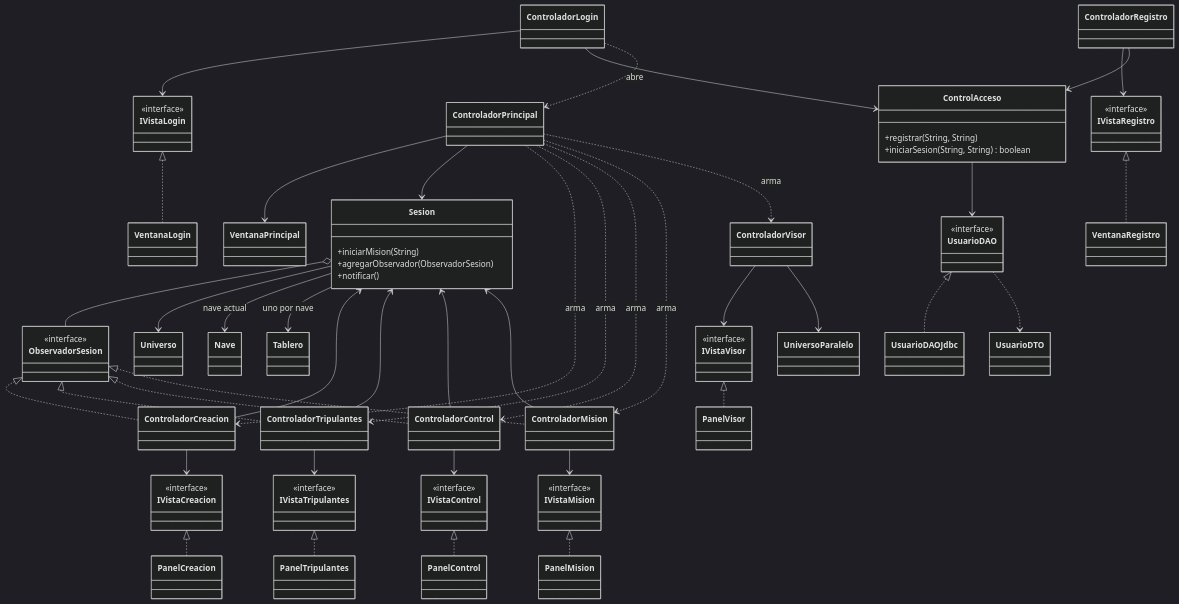
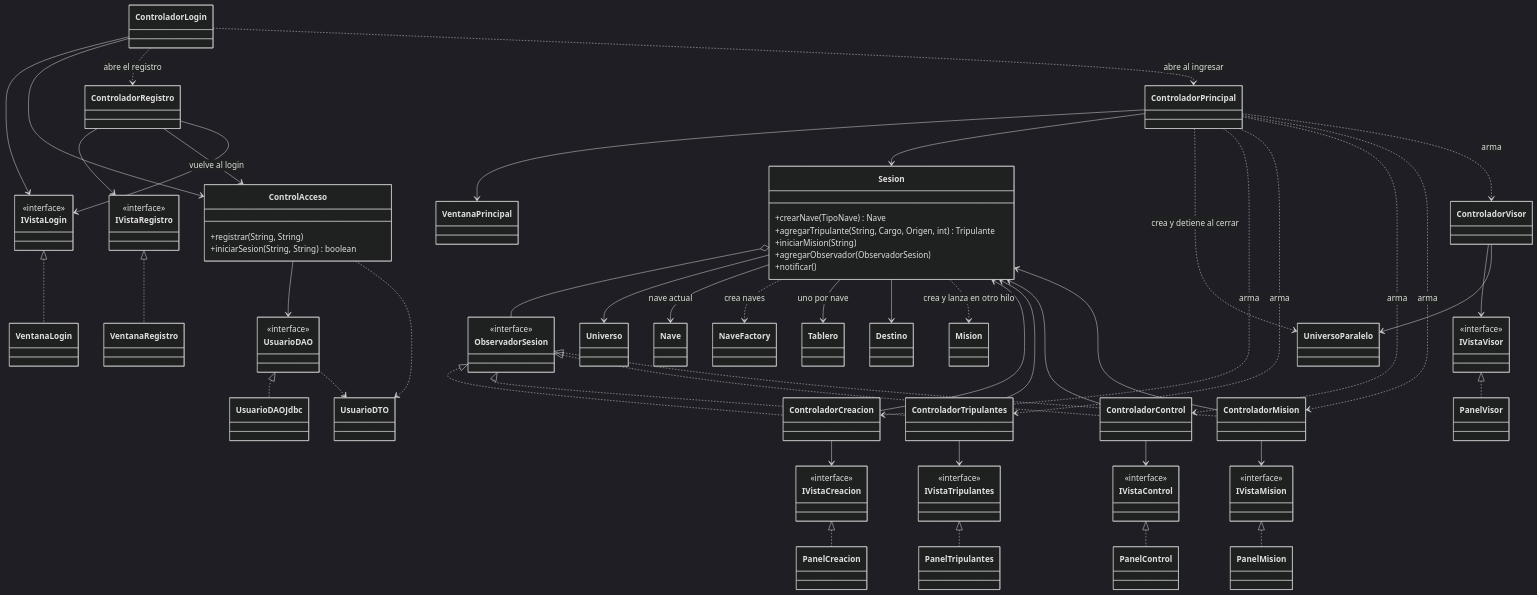
One commit to pedro-lorenzo/TPG_Software_Embarcado changed the fourth of 5 diagrams in docs/uml/diagrama-clases.md. Above: the diagram before and after it, drawn with Mermaid (dark theme). The commit also changed other lines of this file and 6 other files, not shown here.

````diff
--- a/docs/uml/diagrama-clases.md
+++ b/docs/uml/diagrama-clases.md
@@ -292,6 +332,8 @@
 
     class ObservadorSesion { <<interface>> }
     class Sesion {
+        +crearNave(TipoNave) Nave
+        +agregarTripulante(String, Cargo, Origen, int) Tripulante
         +iniciarMision(String)
         +agregarObservador(ObservadorSesion)
         +notificar()
@@ -305,7 +347,10 @@
     class UsuarioDTO
     class Universo
     class Nave
+    class NaveFactory
+    class Mision
     class Tablero
+    class Destino
     class UniversoParalelo
 
     IVistaLogin <|.. VentanaLogin
@@ -318,11 +363,14 @@
 
     ControladorLogin --> IVistaLogin
     ControladorLogin --> ControlAcceso
-    ControladorLogin ..> ControladorPrincipal : abre
+    ControladorLogin ..> ControladorRegistro : abre el registro
+    ControladorLogin ..> ControladorPrincipal : abre al ingresar
     ControladorRegistro --> IVistaRegistro
     ControladorRegistro --> ControlAcceso
+    ControladorRegistro --> IVistaLogin : vuelve al login
     ControladorPrincipal --> VentanaPrincipal
     ControladorPrincipal --> Sesion
+    ControladorPrincipal ..> UniversoParalelo : crea y detiene al cerrar
     ControladorPrincipal ..> ControladorCreacion : arma
     ControladorPrincipal ..> ControladorTripulantes : arma
     ControladorPrincipal ..> ControladorControl : arma
@@ -345,8 +393,12 @@
     Sesion o-- ObservadorSesion
     Sesion --> Universo
     Sesion --> Nave : nave actual
+    Sesion ..> NaveFactory : crea naves
     Sesion --> Tablero : uno por nave
+    Sesion --> Destino
+    Sesion ..> Mision : crea y lanza en otro hilo
     ControlAcceso --> UsuarioDAO
+    ControlAcceso ..> UsuarioDTO
     UsuarioDAO <|.. UsuarioDAOJdbc
     UsuarioDAO ..> UsuarioDTO
 ```
````
